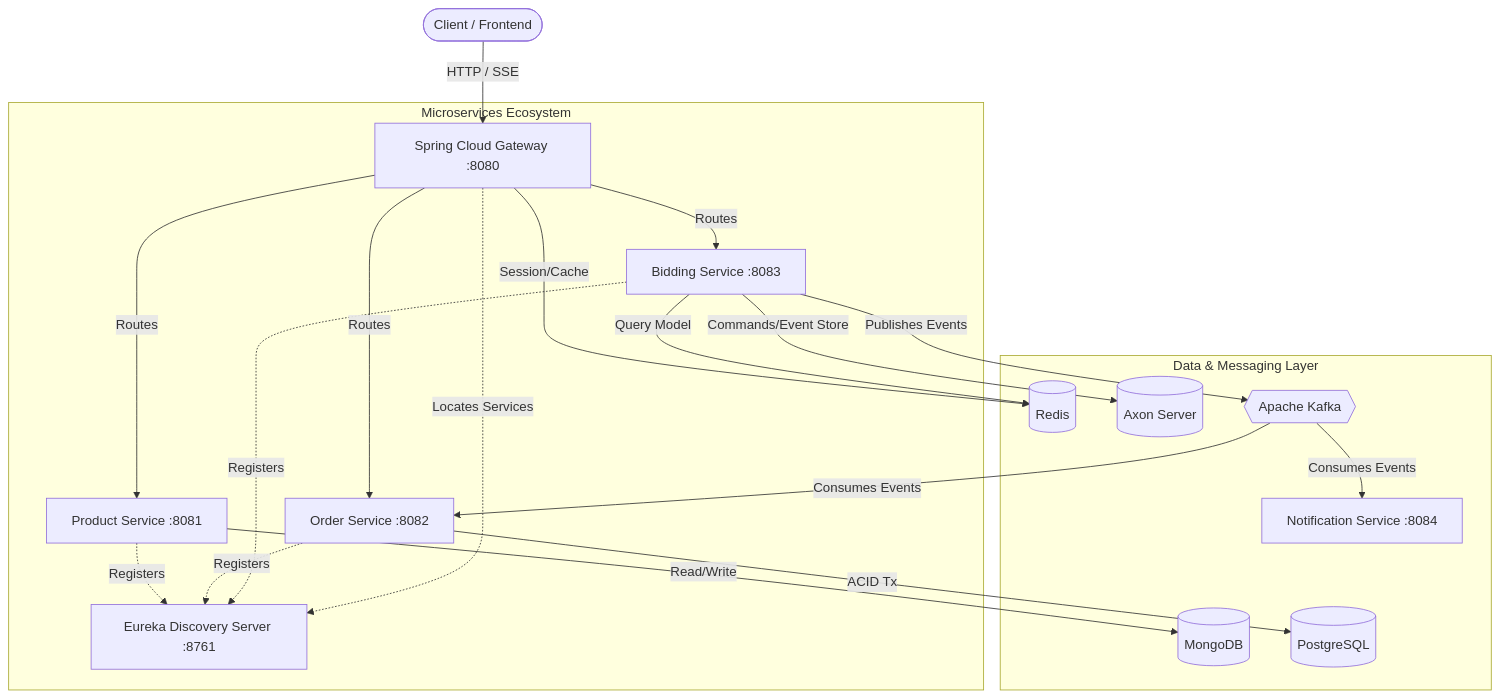
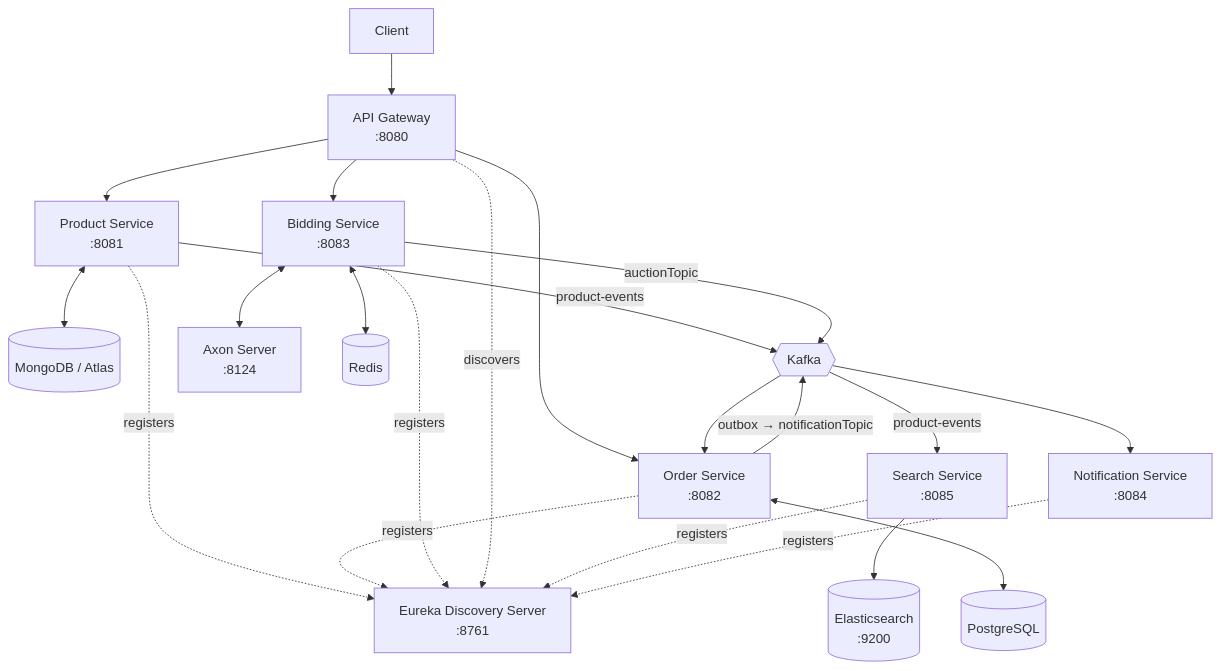
One commit to Bhomaramsuthar/e-commerce-live-auction changed the diagram in README.md. Above: the diagram before and after it, drawn with Mermaid. The commit also changed other lines of this file, not shown here.

````diff
--- a/README.md
+++ b/README.md
@@ -10,27 +7,32 @@
 ```mermaid
-graph TD
-    Client([Client / Frontend]) -->|HTTP / SSE| Gateway[Spring Cloud Gateway :8080]
-    
-    subgraph Microservices Ecosystem
-        Gateway -->|Routes| ProductService[Product Service :8081]
-        Gateway -->|Routes| OrderService[Order Service :8082]
-        Gateway -->|Routes| BiddingService[Bidding Service :8083]
-        
-        ProductService -.->|Registers| Eureka[Eureka Discovery Server :8761]
-        OrderService -.->|Registers| Eureka
-        BiddingService -.->|Registers| Eureka
-        Gateway -.->|Locates Services| Eureka
-    end
+flowchart TB
+    Client[Client]
+    Gateway[API Gateway<br/>:8080]
+    Eureka[Eureka Discovery Server<br/>:8761]
 
-    subgraph Data & Messaging Layer
-        ProductService -->|Read/Write| MongoDB[(MongoDB)]
-        OrderService -->|ACID Tx| PostgreSQL[(PostgreSQL)]
-        Gateway -->|Session/Cache| Redis[(Redis)]
-        
-        BiddingService -->|Commands/Event Store| AxonServer[(Axon Server)]
-        BiddingService -->|Query Model| Redis
-        BiddingService -->|Publishes Events| Kafka{{Apache Kafka}}
-        Kafka -->|Consumes Events| OrderService
-        Kafka -->|Consumes Events| NotificationService[Notification Service :8084]
-    end
+    Client --> Gateway
+    Gateway --> Product[Product Service<br/>:8081]
+    Gateway --> Order[Order Service<br/>:8082]
+    Gateway --> Bidding[Bidding Service<br/>:8083]
+
+    Product -. registers .-> Eureka
+    Order -. registers .-> Eureka
+    Bidding -. registers .-> Eureka
+    Gateway -. discovers .-> Eureka
+    Search -. registers .-> Eureka
+    Notification -. registers .-> Eureka
+
+    Product <--> Mongo[(MongoDB / Atlas)]
+    Product -->|product-events| Kafka{{Kafka}}
+    Kafka -->|product-events| Search[Search Service<br/>:8085]
+    Search --> Elasticsearch[(Elasticsearch<br/>:9200)]
+
+    Order <--> Postgres[(PostgreSQL)]
+    Order -->|outbox → notificationTopic| Kafka
+    Kafka --> Notification[Notification Service<br/>:8084]
+
+    Bidding <--> Axon[Axon Server<br/>:8124]
+    Bidding <--> Redis[(Redis)]
+    Bidding -->|auctionTopic| Kafka
+    Kafka --> Order
 ```
````
